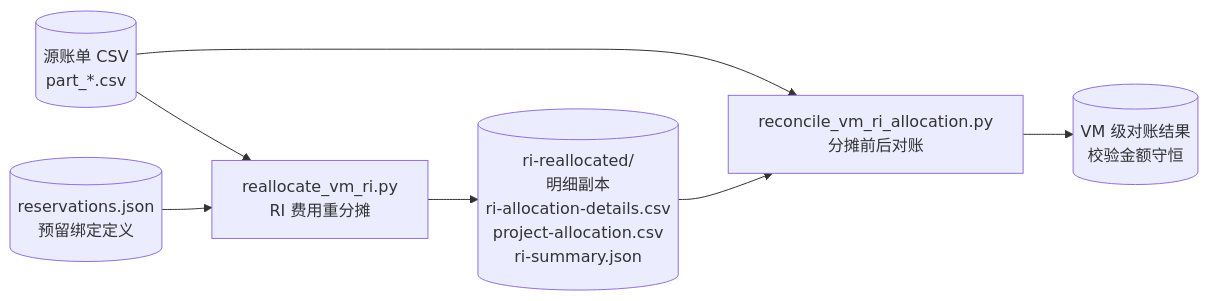
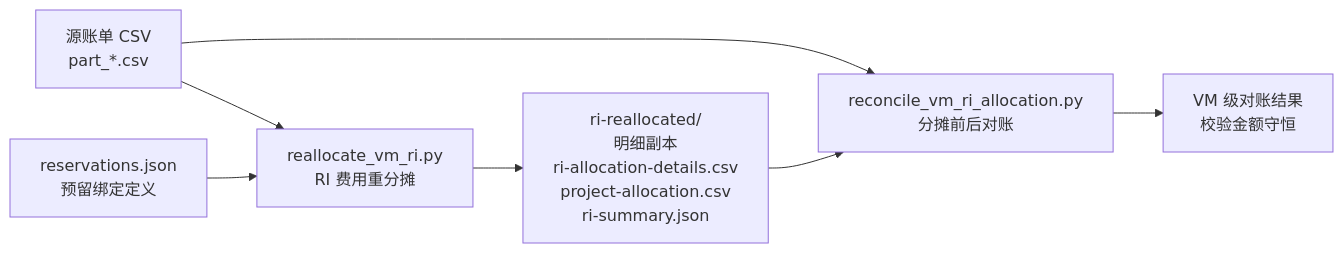
The second of 3 diagrams in ri-reallocation/RI经济责任重新分摊说明.md (lprincewhn/azureops), drawn with Mermaid before and after one commit.

Commit message:
ri-reallocation: fix reconciliation flowchart rendering

````diff
--- a/ri-reallocation/RI经济责任重新分摊说明.md
+++ b/ri-reallocation/RI经济责任重新分摊说明.md
@@ -142,9 +142,9 @@
 ```mermaid
 flowchart LR
-    SRC[(源账单 CSV<br/>part_*.csv)] --> REALLOC[reallocate_vm_ri.py<br/>RI 费用重分摊]
-    RES[(reservations.json<br/>预留绑定定义)] --> REALLOC
-    REALLOC --> OUT[(ri-reallocated/<br/>明细副本<br/>ri-allocation-details.csv<br/>project-allocation.csv<br/>ri-summary.json)]
-    SRC --> RECON[reconcile_vm_ri_allocation.py<br/>分摊前后对账]
+    SRC["源账单 CSV<br/>part_*.csv"] --> REALLOC["reallocate_vm_ri.py<br/>RI 费用重分摊"]
+    RES["reservations.json<br/>预留绑定定义"] --> REALLOC
+    REALLOC --> OUT["ri-reallocated/<br/>明细副本<br/>ri-allocation-details.csv<br/>project-allocation.csv<br/>ri-summary.json"]
+    SRC --> RECON["reconcile_vm_ri_allocation.py<br/>分摊前后对账"]
     OUT --> RECON
-    RECON --> REPORT[(VM 级对账结果<br/>校验金额守恒)]
+    RECON --> REPORT["VM 级对账结果<br/>校验金额守恒"]
 ```
````
